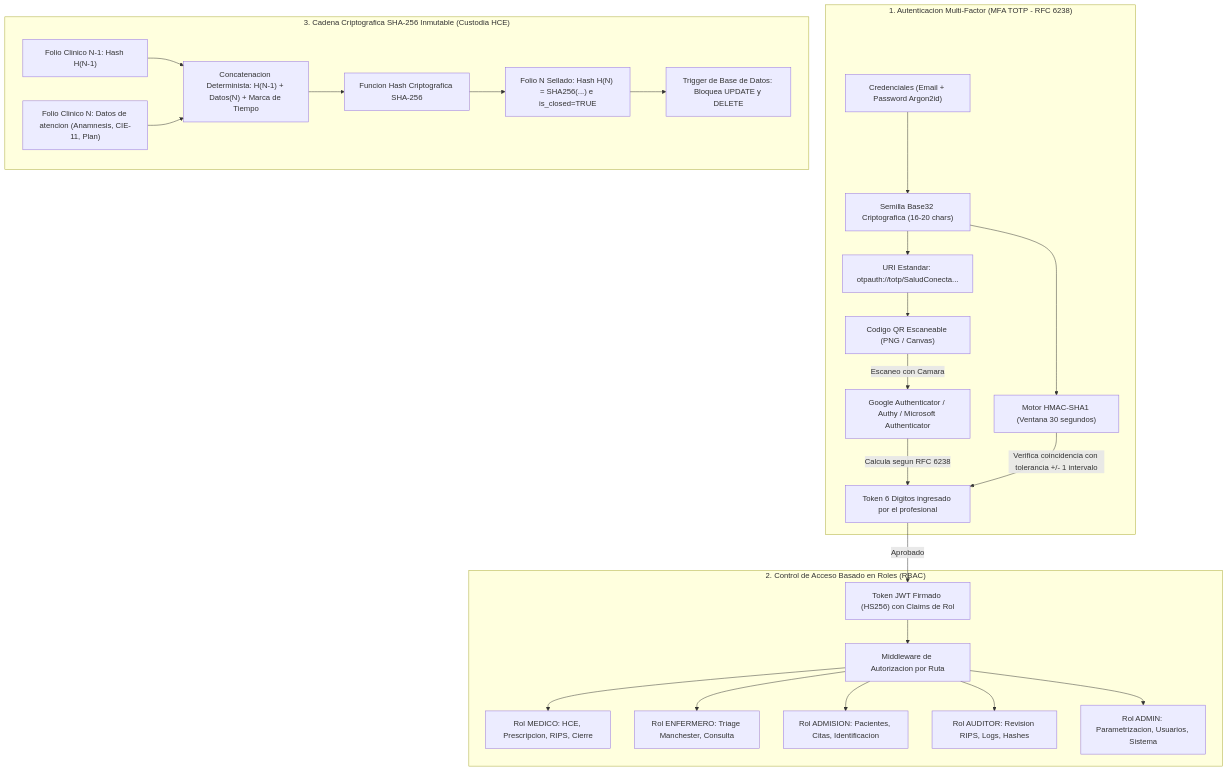
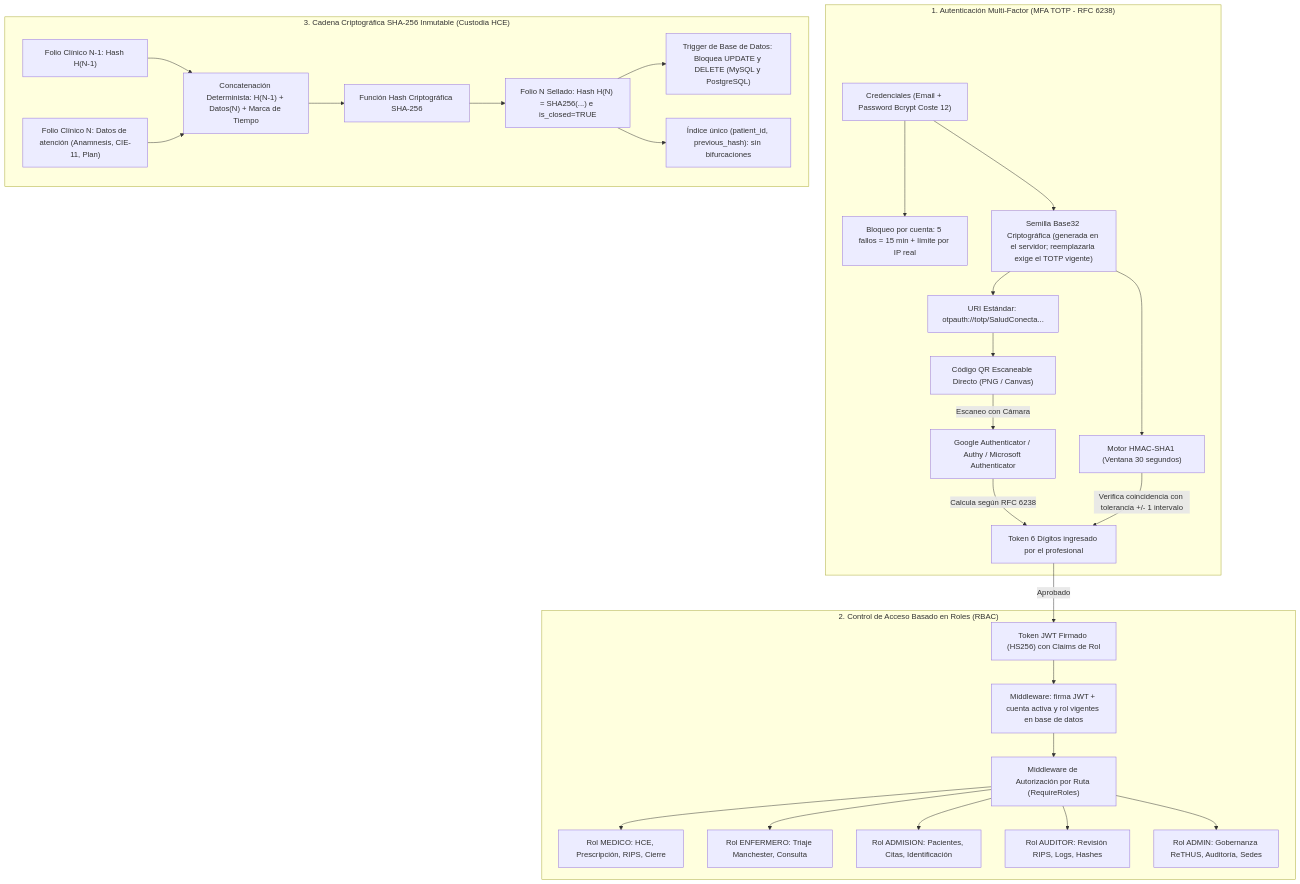
Before and after one commit to ThiagoVelez/Proyecto_felipe: the diagram in docs/diagrams/07_seguridad_mfa_sha256.mmd, drawn with Mermaid. The commit also changed other lines of this file and 39 other files, not shown here.

First line of the commit message:
docs: actualizar readme, documentos tecnicos y diagramas tras la auditoria de seguridad

```diff
--- a/docs/diagrams/07_seguridad_mfa_sha256.mmd
+++ b/docs/diagrams/07_seguridad_mfa_sha256.mmd
@@ -1,47 +1,53 @@
 flowchart TD
-    subgraph MFAFlow ["1. Autenticacion Multi-Factor (MFA TOTP - RFC 6238)"]
-        Credentials["Credenciales (Email + Password Argon2id)"]
-        Base32Seed["Semilla Base32 Criptografica (16-20 chars)"]
-        QRURI["URI Estandar: otpauth://totp/SaludConecta..."]
-        QRImage["Codigo QR Escaneable (PNG / Canvas)"]
+    subgraph MFAFlow ["1. Autenticación Multi-Factor (MFA TOTP - RFC 6238)"]
+        Credentials["Credenciales (Email + Password Bcrypt Coste 12)"]
+        Lockout["Bloqueo por cuenta: 5 fallos = 15 min + límite por IP real"]
+        Base32Seed["Semilla Base32 Criptográfica (generada en el servidor; reemplazarla exige el TOTP vigente)"]
+        QRURI["URI Estándar: otpauth://totp/SaludConecta..."]
+        QRImage["Código QR Escaneable Directo (PNG / Canvas)"]
         PhoneApp["Google Authenticator / Authy / Microsoft Authenticator"]
         HMACEngine["Motor HMAC-SHA1 (Ventana 30 segundos)"]
-        UserOTP["Token 6 Digitos ingresado por el profesional"]
+        UserOTP["Token 6 Dígitos ingresado por el profesional"]
 
+        Credentials --> Lockout
         Credentials --> Base32Seed
         Base32Seed --> QRURI
         QRURI --> QRImage
-        QRImage -->|Escaneo con Camara| PhoneApp
-        PhoneApp -->|Calcula segun RFC 6238| UserOTP
+        QRImage -->|Escaneo con Cámara| PhoneApp
+        PhoneApp -->|Calcula según RFC 6238| UserOTP
         Base32Seed --> HMACEngine
         HMACEngine -->|Verifica coincidencia con tolerancia +/- 1 intervalo| UserOTP
     end
 
     subgraph RBACEngine ["2. Control de Acceso Basado en Roles (RBAC)"]
         JWTToken["Token JWT Firmado (HS256) con Claims de Rol"]
-        RoleGuard["Middleware de Autorizacion por Ruta"]
-        RoleMedico["Rol MEDICO: HCE, Prescripcion, RIPS, Cierre"]
-        RoleEnfermero["Rol ENFERMERO: Triage Manchester, Consulta"]
-        RoleAdmision["Rol ADMISION: Pacientes, Citas, Identificacion"]
-        RoleAuditor["Rol AUDITOR: Revision RIPS, Logs, Hashes"]
-        RoleAdmin["Rol ADMIN: Parametrizacion, Usuarios, Sistema"]
+        SessionCheck["Middleware: firma JWT + cuenta activa y rol vigentes en base de datos"]
+        RoleGuard["Middleware de Autorización por Ruta (RequireRoles)"]
+        RoleMedico["Rol MEDICO: HCE, Prescripción, RIPS, Cierre"]
+        RoleEnfermero["Rol ENFERMERO: Triaje Manchester, Consulta"]
+        RoleAdmision["Rol ADMISION: Pacientes, Citas, Identificación"]
+        RoleAuditor["Rol AUDITOR: Revisión RIPS, Logs, Hashes"]
+        RoleAdmin["Rol ADMIN: Gobernanza ReTHUS, Auditoría, Sedes"]
 
         UserOTP -->|Aprobado| JWTToken
-        JWTToken --> RoleGuard
+        JWTToken --> SessionCheck
+        SessionCheck --> RoleGuard
         RoleGuard --> RoleMedico & RoleEnfermero & RoleAdmision & RoleAuditor & RoleAdmin
     end
 
-    subgraph HashChaining ["3. Cadena Criptografica SHA-256 Inmutable (Custodia HCE)"]
-        FolioPrevio["Folio Clinico N-1: Hash H(N-1)"]
-        FolioActual["Folio Clinico N: Datos de atencion (Anamnesis, CIE-11, Plan)"]
-        HashConcat["Concatenacion Determinista: H(N-1) + Datos(N) + Marca de Tiempo"]
-        EngineSHA256["Funcion Hash Criptografica SHA-256"]
+    subgraph HashChaining ["3. Cadena Criptográfica SHA-256 Inmutable (Custodia HCE)"]
+        FolioPrevio["Folio Clínico N-1: Hash H(N-1)"]
+        FolioActual["Folio Clínico N: Datos de atención (Anamnesis, CIE-11, Plan)"]
+        HashConcat["Concatenación Determinista: H(N-1) + Datos(N) + Marca de Tiempo"]
+        EngineSHA256["Función Hash Criptográfica SHA-256"]
         FolioFirmado["Folio N Sellado: Hash H(N) = SHA256(...) e is_closed=TRUE"]
-        SQLTrigger["Trigger de Base de Datos: Bloquea UPDATE y DELETE"]
+        SQLTrigger["Trigger de Base de Datos: Bloquea UPDATE y DELETE (MySQL y PostgreSQL)"]
+        UniqueLink["Índice único (patient_id, previous_hash): sin bifurcaciones"]
 
         FolioPrevio --> HashConcat
         FolioActual --> HashConcat
         HashConcat --> EngineSHA256
         EngineSHA256 --> FolioFirmado
         FolioFirmado --> SQLTrigger
+        FolioFirmado --> UniqueLink
     end
```
